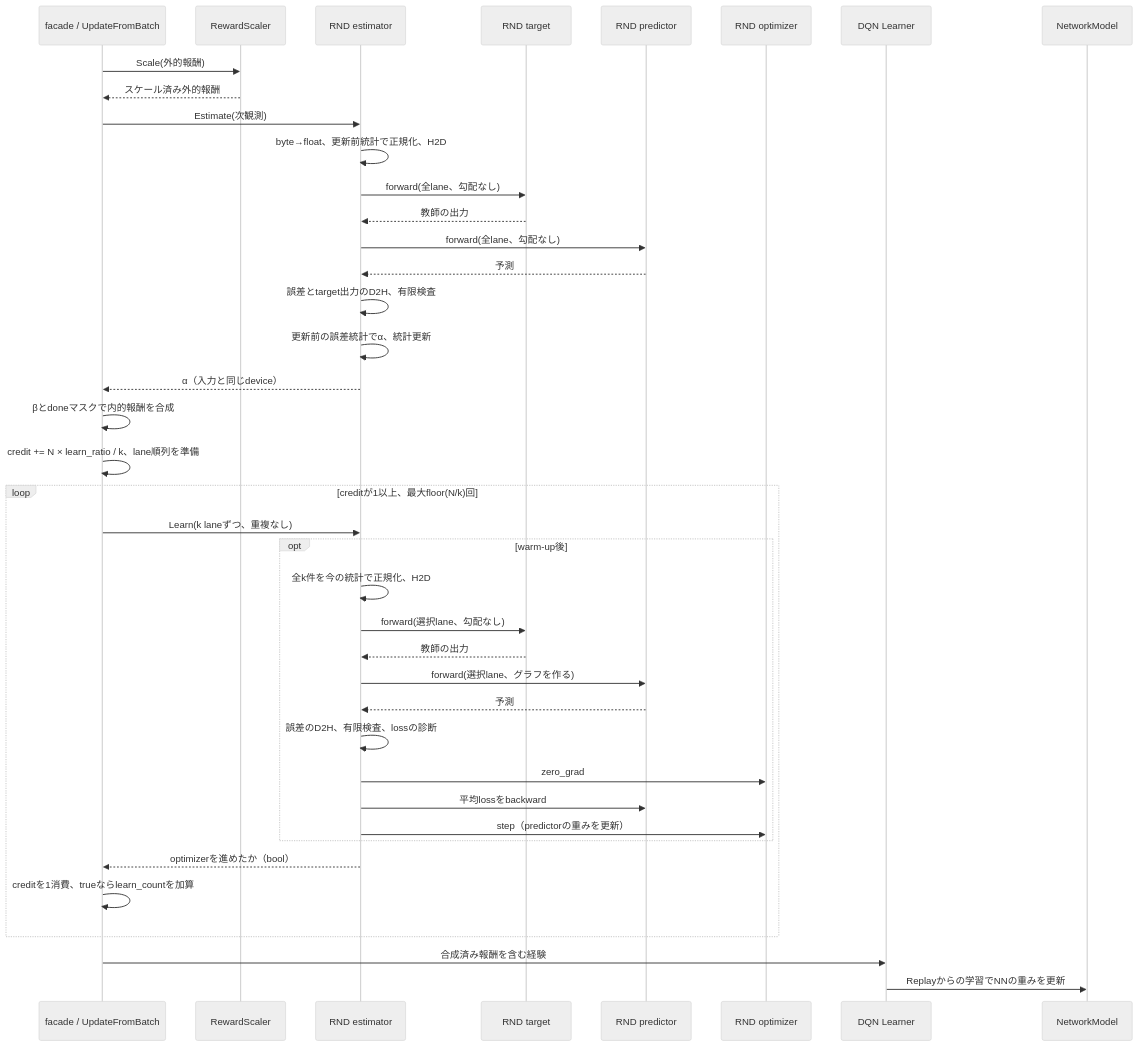
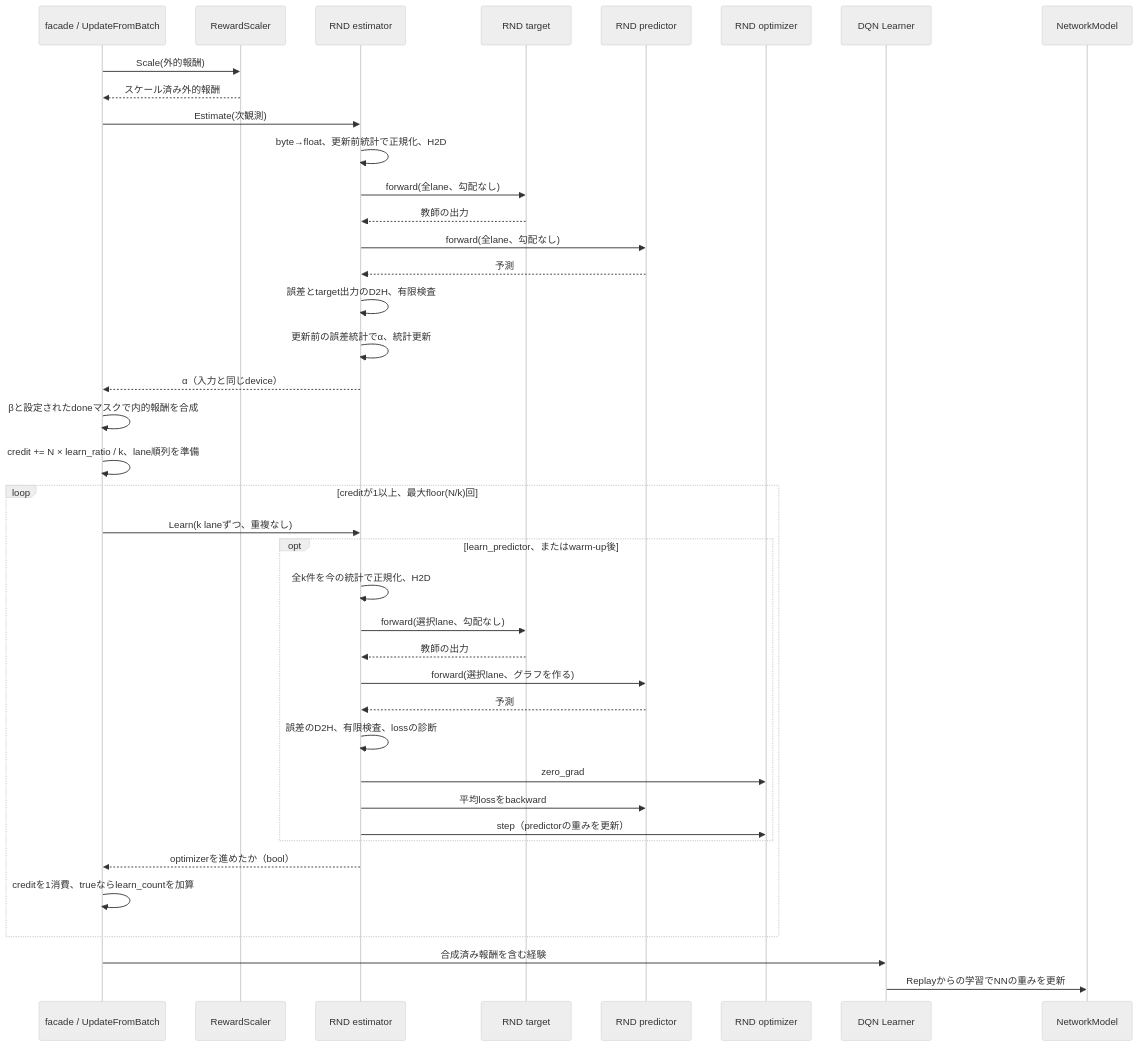
The second of 2 diagrams in docs/design/212_rnd_lifelong_novelty.jp.md (kazukin123/anet-lab), drawn with Mermaid (neutral theme) before and after one commit. The commit also changed other lines of this file and 20 other files, not shown here.

````diff
--- a/docs/design/212_rnd_lifelong_novelty.jp.md
+++ b/docs/design/212_rnd_lifelong_novelty.jp.md
@@ -270,42 +274,42 @@
 ```mermaid
 sequenceDiagram
     participant F as facade / UpdateFromBatch
     participant S as RewardScaler
     participant R as RND estimator
     participant T as RND target
     participant P as RND predictor
     participant O as RND optimizer
     participant L as DQN Learner
     participant N as NetworkModel
     F->>S: Scale(外的報酬)
     S-->>F: スケール済み外的報酬
     F->>R: Estimate(次観測)
     R->>R: byte→float、更新前統計で正規化、H2D
     R->>T: forward(全lane、勾配なし)
     T-->>R: 教師の出力
     R->>P: forward(全lane、勾配なし)
     P-->>R: 予測
     R->>R: 誤差とtarget出力のD2H、有限検査
     R->>R: 更新前の誤差統計でα、統計更新
     R-->>F: α（入力と同じdevice）
-    F->>F: βとdoneマスクで内的報酬を合成
+    F->>F: βと設定されたdoneマスクで内的報酬を合成
     F->>F: credit += N × learn_ratio / k、lane順列を準備
     loop creditが1以上、最大floor(N/k)回
         F->>R: Learn(k laneずつ、重複なし)
-        opt warm-up後
+        opt learn_predictor、またはwarm-up後
         R->>R: 全k件を今の統計で正規化、H2D
         R->>T: forward(選択lane、勾配なし)
         T-->>R: 教師の出力
         R->>P: forward(選択lane、グラフを作る)
         P-->>R: 予測
         R->>R: 誤差のD2H、有限検査、lossの診断
         R->>O: zero_grad
         R->>P: 平均lossをbackward
         R->>O: step（predictorの重みを更新）
         end
         R-->>F: optimizerを進めたか（bool）
         F->>F: creditを1消費、trueならlearn_countを加算
     end
     F->>L: 合成済み報酬を含む経験
     L->>N: Replayからの学習でNNの重みを更新
 ```
````
